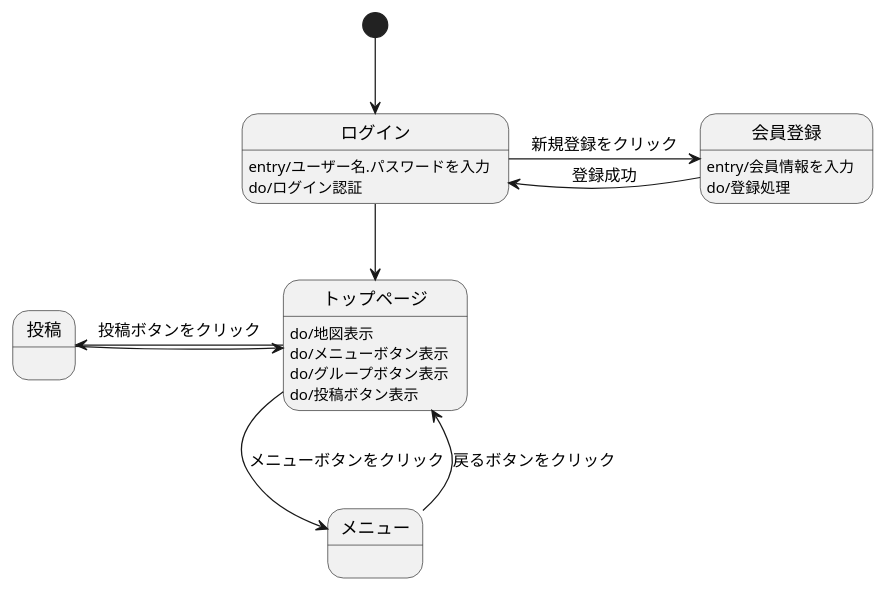
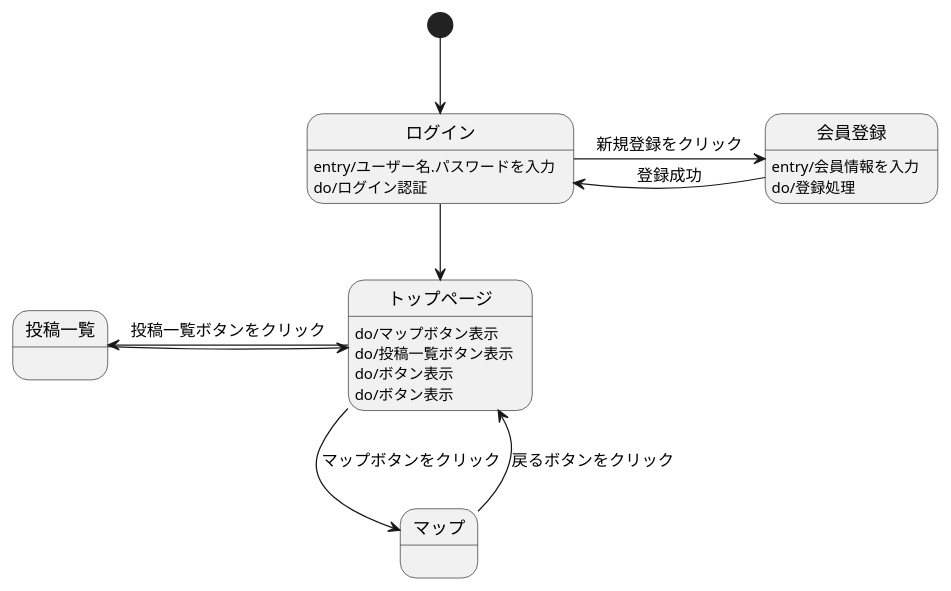
The diagram in 03_画面遷移図/画面遷移図.md (Aso2001031/System4_ver2.0), drawn with PlantUML before and after one commit.

````diff
--- a/03_画面遷移図/画面遷移図.md
+++ b/03_画面遷移図/画面遷移図.md
@@ -1,31 +1,31 @@
 ```uml
 @startuml
 
 [*] -down-> ログイン
 
-トップページ : do/地図表示
-トップページ : do/メニューボタン表示
-トップページ : do/グループボタン表示
-トップページ : do/投稿ボタン表示
-トップページ -down-> メニュー : メニューボタンをクリック
-トップページ -left-> 投稿 : 投稿ボタンをクリック
+トップページ : do/マップボタン表示
+トップページ : do/投稿一覧ボタン表示
+トップページ : do/ボタン表示
+トップページ : do/ボタン表示
+トップページ -down-> マップ : マップボタンをクリック
+トップページ -left-> 投稿一覧 : 投稿一覧ボタンをクリック
 
 ログイン -down-> トップページ
 ログイン : entry/ユーザー名.パスワードを入力 
 ログイン : do/ログイン認証 
 ログイン -> 会員登録 : 新規登録をクリック
 
 会員登録 -> ログイン : 登録成功
 会員登録 : entry/会員情報を入力 
 会員登録 : do/登録処理
 
-メニュー -up-> トップページ : 戻るボタンをクリック
-メニュー : 
+マップ -up-> トップページ : 戻るボタンをクリック
+マップ : 
 
-投稿 -right-> トップページ
-投稿 : 
+投稿一覧 -right-> トップページ
+投稿一覧 : 
 
 
 
 @enduml
 ```
````
